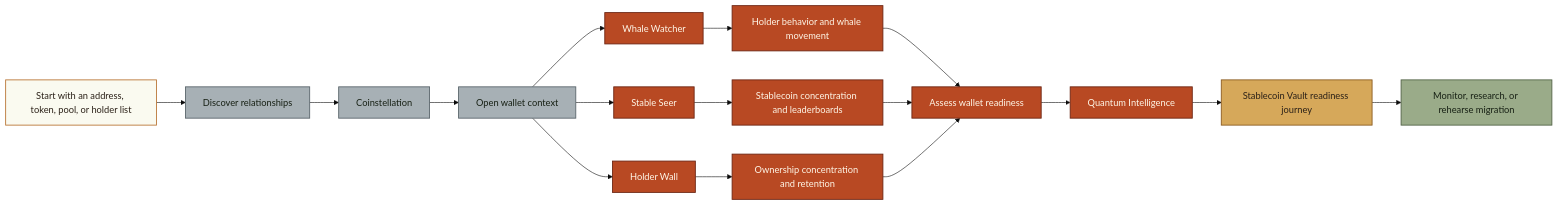
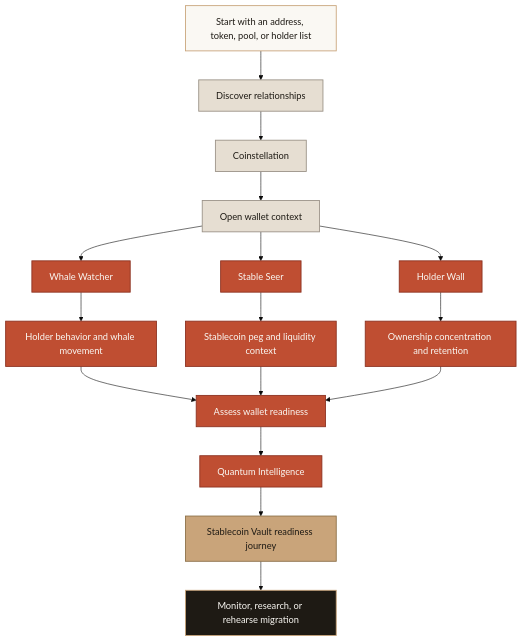
The first of 2 diagrams in profile/README.md (Wallet-Wall/.github), drawn with Mermaid (base theme) before and after one commit. The commit also changed other lines of this file and 2 other files, not shown here.

Commit message:
docs: standardize Mermaid diagram palette

````diff
--- a/profile/README.md
+++ b/profile/README.md
@@ -22,36 +22,36 @@
 ```mermaid
-flowchart LR
+flowchart TD
     start[Start with an address, token, pool, or holder list]
 
     start --> discover[Discover relationships]
     discover --> coinstellation[Coinstellation]
 
     coinstellation --> wallet[Open wallet context]
     wallet --> whaleWatcher[Whale Watcher]
     wallet --> stableSeer[Stable Seer]
     wallet --> holderWall[Holder Wall]
 
     whaleWatcher --> behavior[Holder behavior and whale movement]
-    stableSeer --> concentration[Stablecoin concentration and leaderboards]
+    stableSeer --> pegLiquidity[Stablecoin peg and liquidity context]
     holderWall --> ownership[Ownership concentration and retention]
 
     behavior --> readiness[Assess wallet readiness]
-    concentration --> readiness
+    pegLiquidity --> readiness
     ownership --> readiness
 
     readiness --> quantumIntel[Quantum Intelligence]
     quantumIntel --> vaultReadiness[Stablecoin Vault readiness journey]
     vaultReadiness --> outcomes[Monitor, research, or rehearse migration]
 
-    classDef entry fill:#FAFAF0,stroke:#B87333,color:#2B2118,stroke-width:1.5px;
-    classDef discovery fill:#A7B0B5,stroke:#59646A,color:#172014,stroke-width:1.5px;
-    classDef surface fill:#B84923,stroke:#6B2412,color:#FFF7E8,stroke-width:1.5px;
-    classDef journey fill:#D6A85A,stroke:#8A5A1F,color:#2B2118,stroke-width:1.5px;
-    classDef outcome fill:#9AAB89,stroke:#526246,color:#172014,stroke-width:1.5px;
+    classDef entry fill:#FAF8F3,stroke:#C9A47A,color:#1E1A14,stroke-width:1.5px;
+    classDef discovery fill:#E6DED2,stroke:#9A9186,color:#1E1A14,stroke-width:1.5px;
+    classDef surface fill:#BF4E32,stroke:#8B3120,color:#FAF8F3,stroke-width:1.5px;
+    classDef journey fill:#C9A47A,stroke:#8B6F47,color:#1E1A14,stroke-width:1.5px;
+    classDef outcome fill:#1E1A14,stroke:#C9A47A,color:#FAF8F3,stroke-width:1.5px;
 
     class start entry
     class discover,coinstellation,wallet discovery
-    class whaleWatcher,stableSeer,holderWall,behavior,concentration,ownership,readiness,quantumIntel surface
+    class whaleWatcher,stableSeer,holderWall,behavior,pegLiquidity,ownership,readiness,quantumIntel surface
     class vaultReadiness journey
     class outcomes outcome
 ```
````
